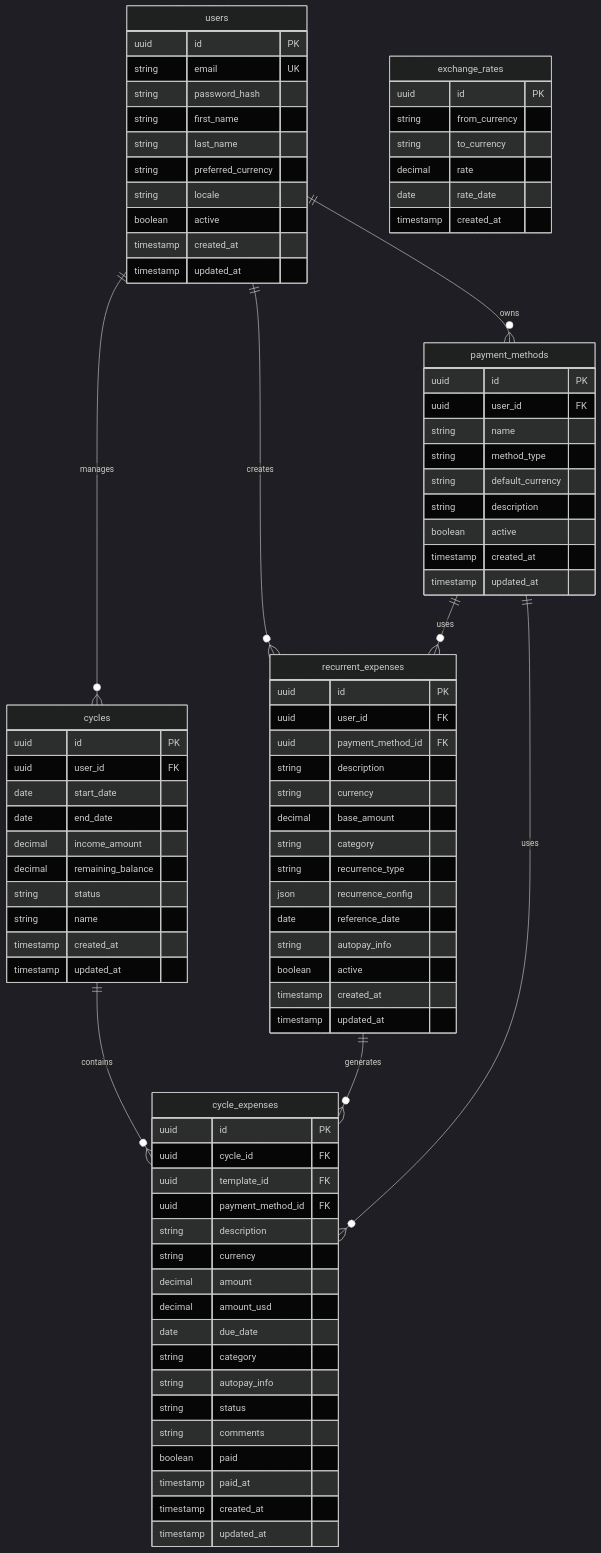
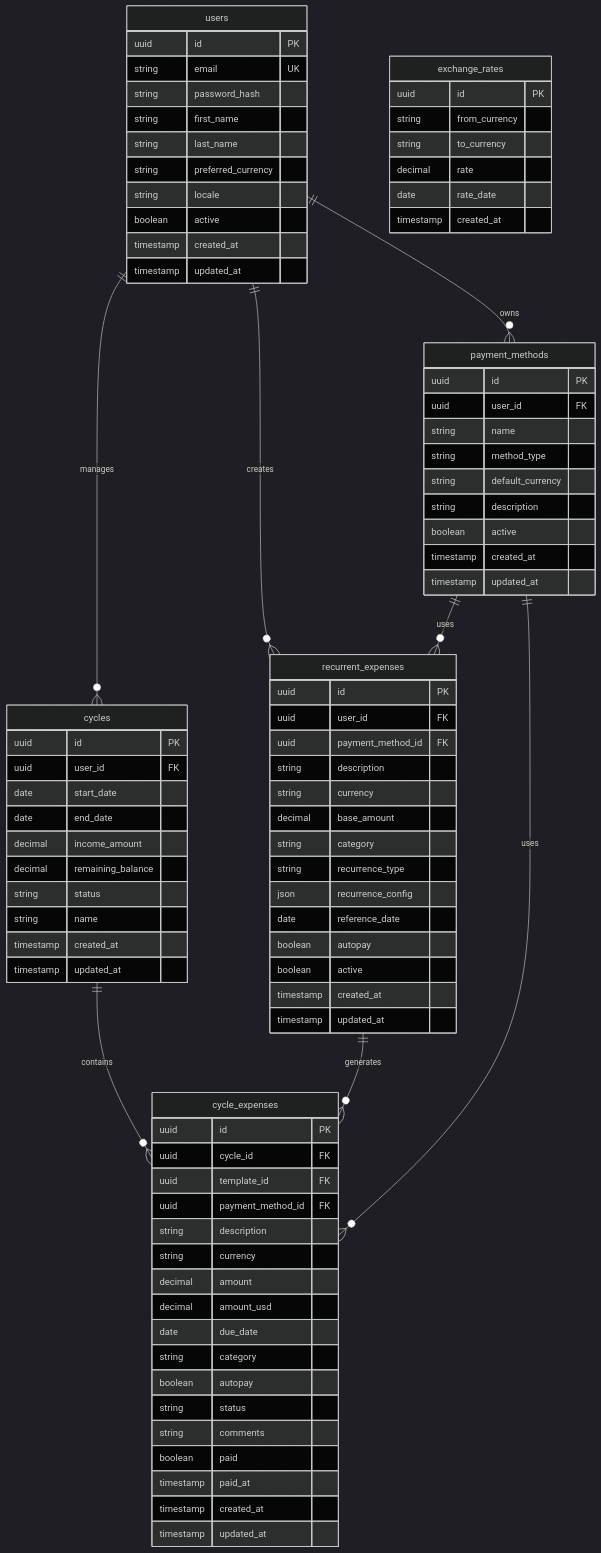
One commit to jcarranz97/colony changed the diagram in docs/architecture/database-schema.md. Above: the diagram before and after it, drawn with Mermaid (dark theme). The commit also changed other lines of this file and 14 other files, not shown here.

First line of the commit message:
Use Boolean instead of String for Autopay (#35)

```diff
--- a/docs/architecture/database-schema.md
+++ b/docs/architecture/database-schema.md
@@ -58,7 +58,7 @@
         string recurrence_type
         json recurrence_config
         date reference_date
-        string autopay_info
+        boolean autopay
         boolean active
         timestamp created_at
         timestamp updated_at
@@ -88,7 +88,7 @@
         decimal amount_usd
         date due_date
         string category
-        string autopay_info
+        boolean autopay
         string status
         string comments
         boolean paid
```
